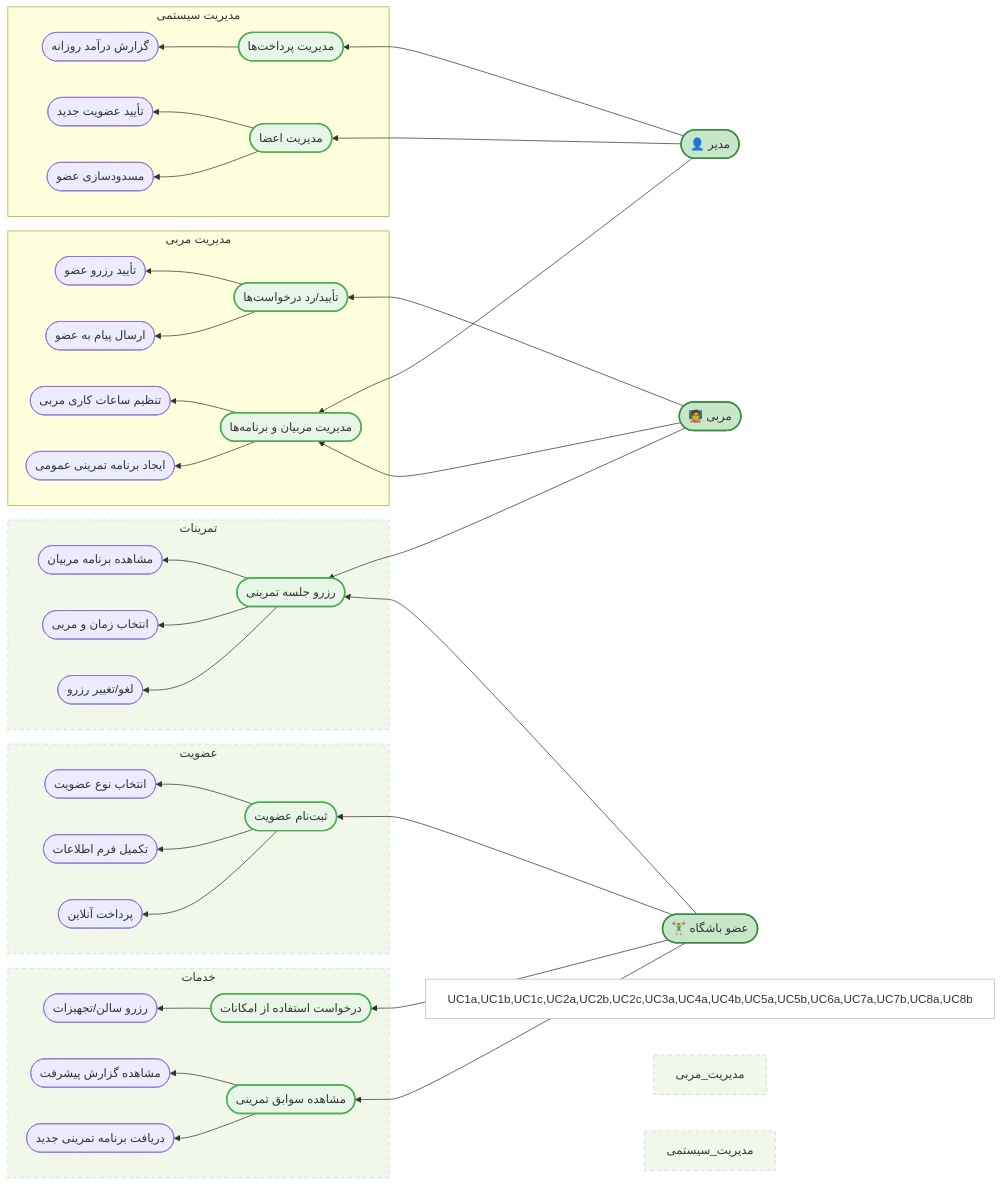
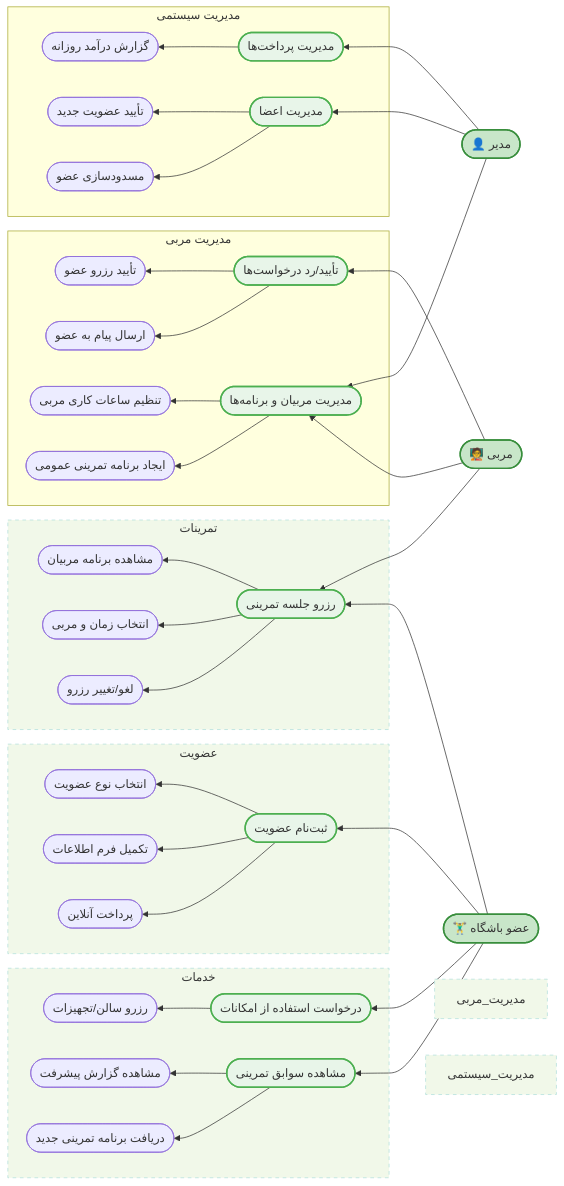
Before and after one commit to zahramirzayan22-ui/modiriat-bashgah-varzeshi: the diagram in docs/usecase_diagram.md, drawn with Mermaid.

```diff
--- a/docs/usecase_diagram.md
+++ b/docs/usecase_diagram.md
@@ -87,8 +87,7 @@
 style UC7 fill:#E8F5E9,stroke:#4CAF50,stroke-width:2px
 style UC8 fill:#E8F5E9,stroke:#4CAF50,stroke-width:2px
 
-%% استایل زیرمجموعه‌ها (سفید/خاکستری روشن)
-style UC1a,UC1b,UC1c,UC2a,UC2b,UC2c,UC3a,UC4a,UC4b,UC5a,UC5b,UC6a,UC7a,UC7b,UC8a,UC8b fill:#FFFFFF,stroke:#BDBDBD,stroke-width:1px
+
 
 %% استایل گروه‌ها (Subgraphs)
 style عضویت fill:#F1F8E9,stroke:#B2DFDB,stroke-dasharray: 5 5
```
